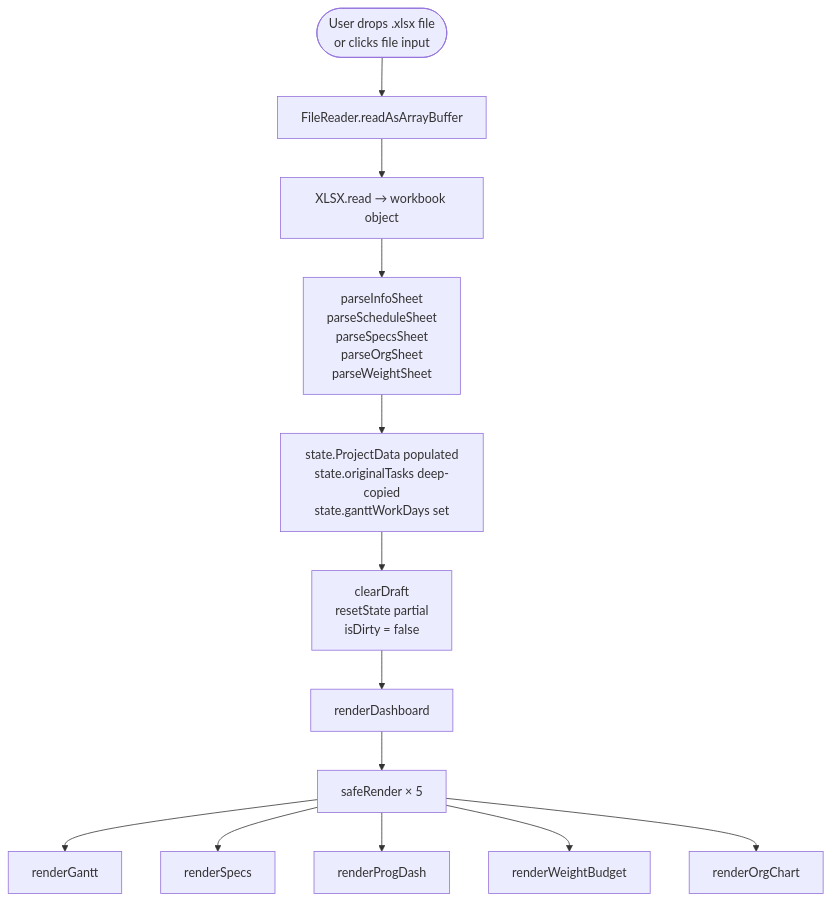
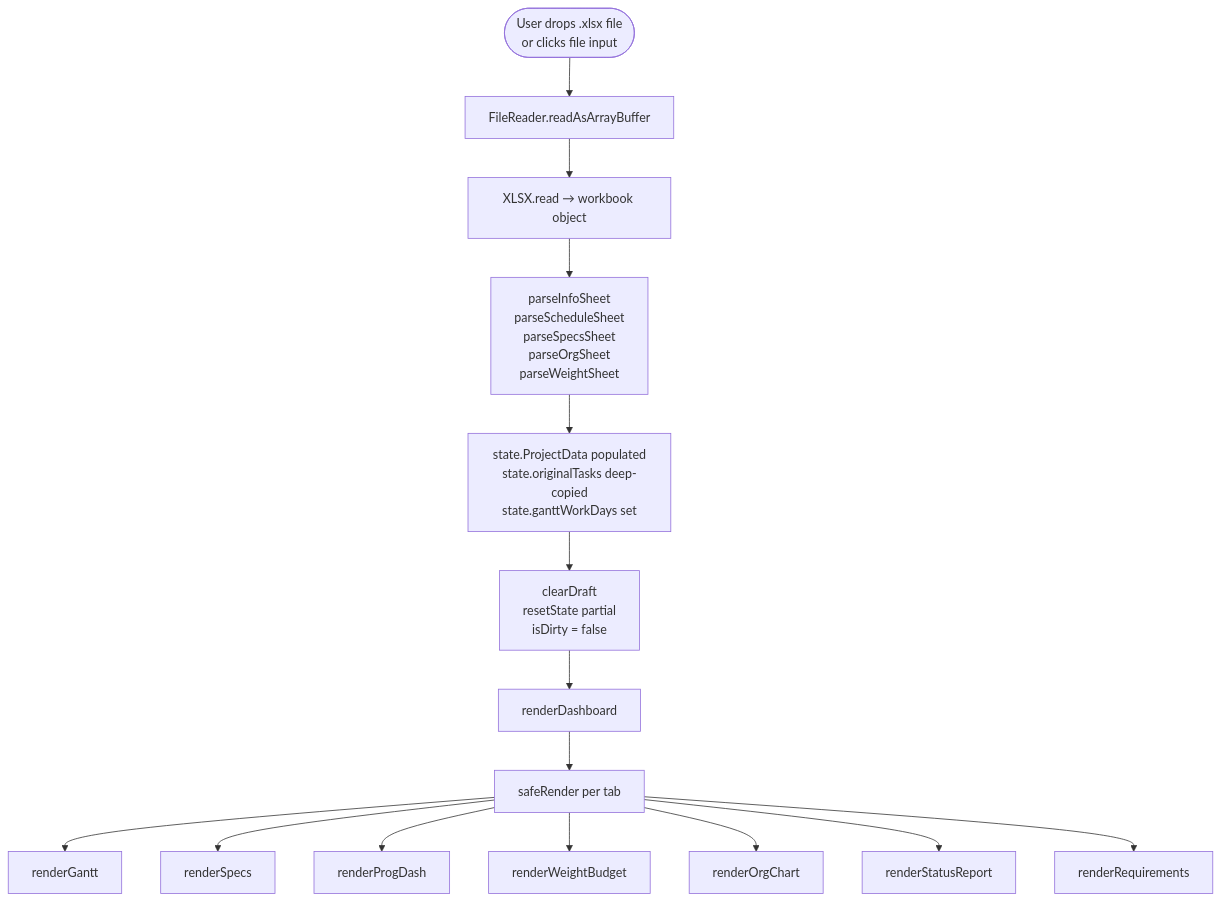
Before and after one commit to kalkisharma/ProgramDashboardSuite: the first of 7 diagrams in docs/FLOW.md, drawn with Mermaid. The commit also changed other lines of this file and 2 other files, not shown here.

First line of the commit message:
docs: refresh README/TOUR/FLOW for Status Report + Requirements tabs

````diff
--- a/docs/FLOW.md
+++ b/docs/FLOW.md
@@ -11,15 +11,17 @@
 ```mermaid
 flowchart TD
     A([User drops .xlsx file\nor clicks file input]) --> B[FileReader.readAsArrayBuffer]
     B --> C[XLSX.read → workbook object]
     C --> D[parseInfoSheet\nparseScheduleSheet\nparseSpecsSheet\nparseOrgSheet\nparseWeightSheet]
     D --> E[state.ProjectData populated\nstate.originalTasks deep-copied\nstate.ganttWorkDays set]
     E --> F[clearDraft\nresetState partial\nisDirty = false]
     F --> G[renderDashboard]
-    G --> H[safeRender × 5]
+    G --> H[safeRender per tab]
     H --> I[renderGantt]
     H --> J[renderSpecs]
     H --> K[renderProgDash]
     H --> L[renderWeightBudget]
     H --> M[renderOrgChart]
+    H --> N[renderStatusReport]
+    H --> O[renderRequirements]
 ```
````
